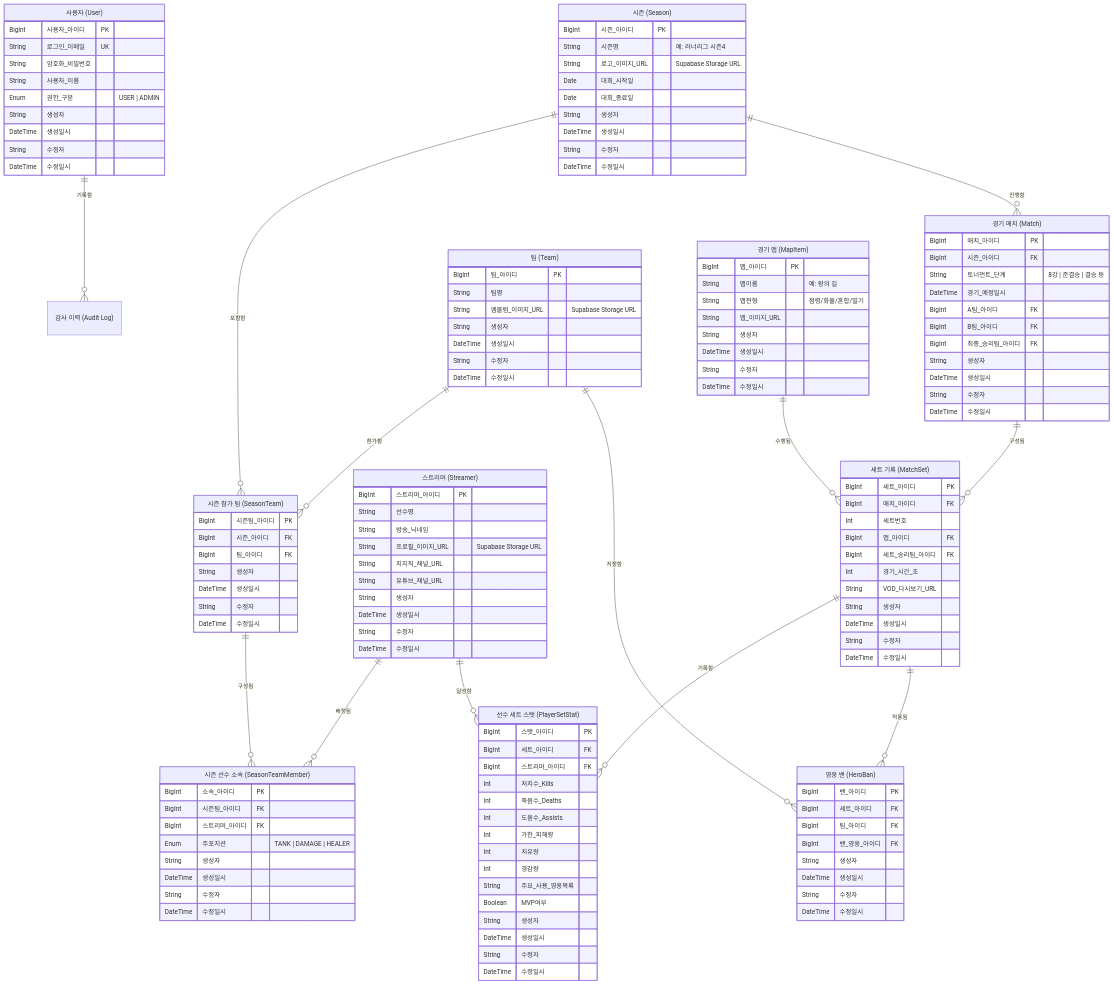
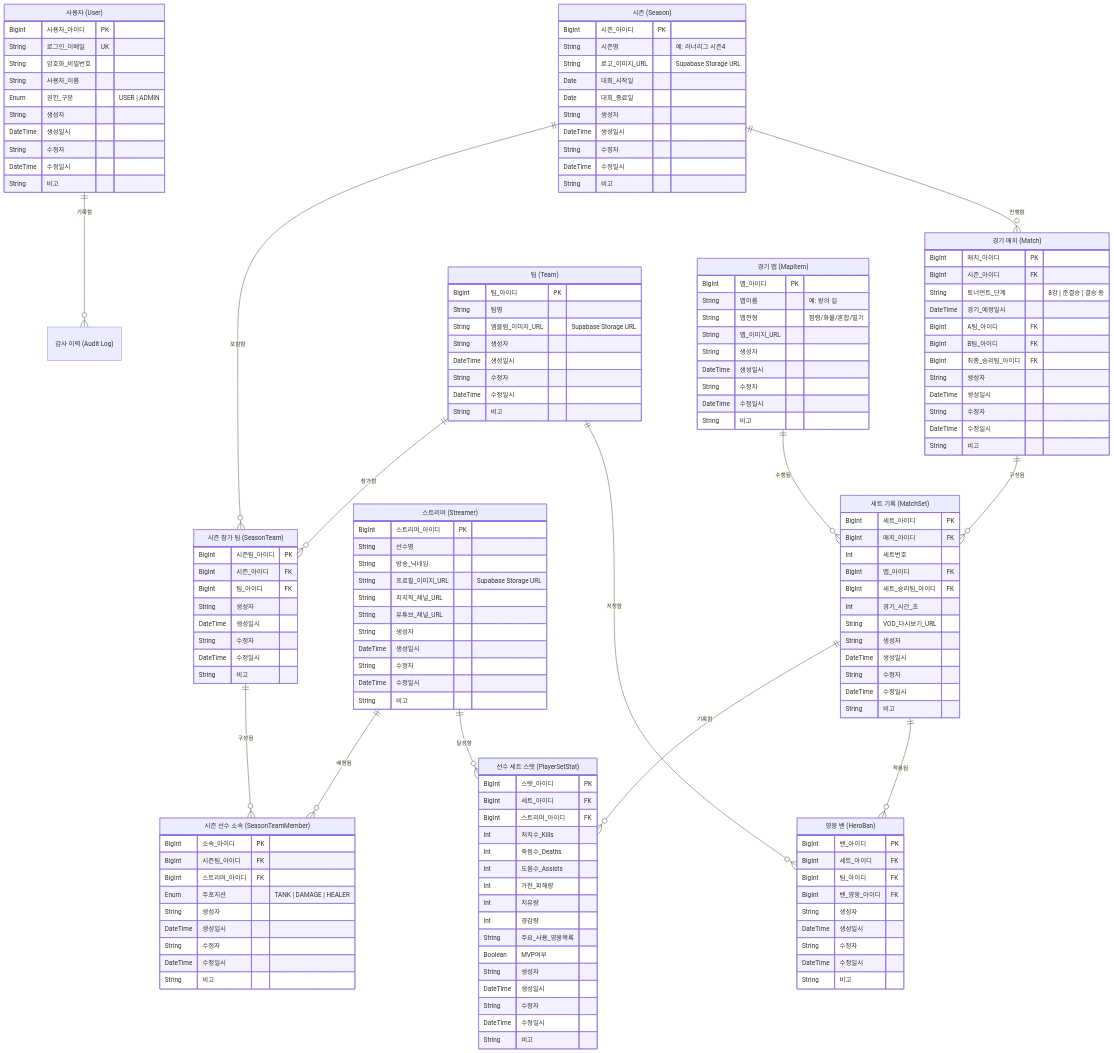
One commit to junhyeon0325/ROMS changed the first of 2 diagrams in 산출물/초기계획/ROMS_ERD.md. Above: the diagram before and after it, drawn with Mermaid. The commit also changed other lines of this file and 7 other files, not shown here.

````diff
--- a/산출물/초기계획/ROMS_ERD.md
+++ b/산출물/초기계획/ROMS_ERD.md
@@ -39,6 +39,7 @@
         DateTime 생성일시
         String 수정자
         DateTime 수정일시
+        String 비고
     }
 
     "시즌 (Season)" {
@@ -51,6 +52,7 @@
         DateTime 생성일시
         String 수정자
         DateTime 수정일시
+        String 비고
     }
 
     "팀 (Team)" {
@@ -61,6 +63,7 @@
         DateTime 생성일시
         String 수정자
         DateTime 수정일시
+        String 비고
     }
 
     "스트리머 (Streamer)" {
@@ -74,6 +77,7 @@
         DateTime 생성일시
         String 수정자
         DateTime 수정일시
+        String 비고
     }
 
     "시즌 참가 팀 (SeasonTeam)" {
@@ -84,6 +88,7 @@
         DateTime 생성일시
         String 수정자
         DateTime 수정일시
+        String 비고
     }
 
     "시즌 선수 소속 (SeasonTeamMember)" {
@@ -95,6 +100,7 @@
         DateTime 생성일시
         String 수정자
         DateTime 수정일시
+        String 비고
     }
 
     "경기 매치 (Match)" {
@@ -109,6 +115,7 @@
         DateTime 생성일시
         String 수정자
         DateTime 수정일시
+        String 비고
     }
 
     "경기 맵 (MapItem)" {
@@ -120,6 +127,7 @@
         DateTime 생성일시
         String 수정자
         DateTime 수정일시
+        String 비고
     }
 
     "세트 기록 (MatchSet)" {
@@ -134,6 +142,7 @@
         DateTime 생성일시
         String 수정자
         DateTime 수정일시
+        String 비고
     }
 
     "선수 세트 스탯 (PlayerSetStat)" {
@@ -152,6 +161,7 @@
         DateTime 생성일시
         String 수정자
         DateTime 수정일시
+        String 비고
     }
 
     "영웅 밴 (HeroBan)" {
@@ -163,5 +173,6 @@
         DateTime 생성일시
         String 수정자
         DateTime 수정일시
+        String 비고
     }
 ```
````
